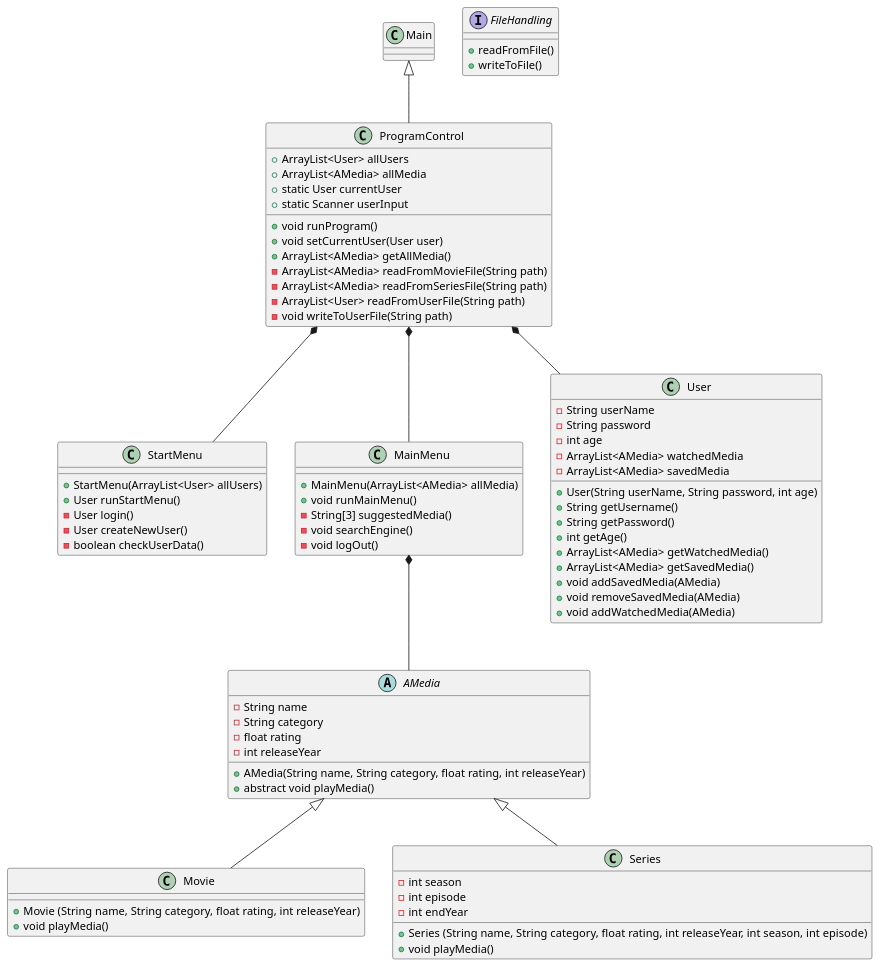
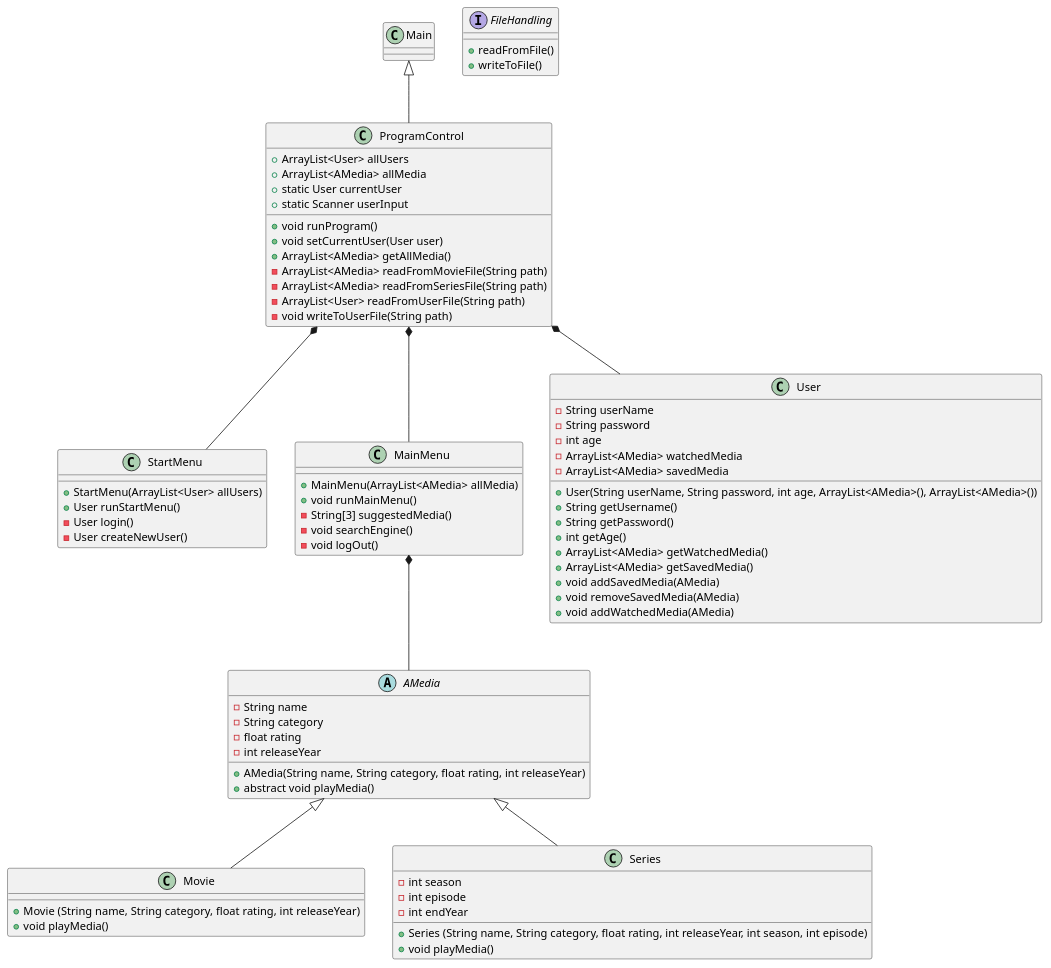
One commit to MrJustMeDahl/SP3---Streamingtjeneste changed the diagram in Design/Streamingservice design.puml. Above: the diagram before and after it, drawn with PlantUML.

Commit message:
StartMenu and ProgramControl Merged

```diff
--- a/Design/Streamingservice design.puml
+++ b/Design/Streamingservice design.puml
@@ -1,86 +1,85 @@
 @startuml
 class Main
 Main <|-- ProgramControl
 ProgramControl *-- StartMenu
 ProgramControl *-- MainMenu
 ProgramControl *-- User
 
 MainMenu *-- AMedia
 AMedia <|-- Movie
 AMedia <|-- Series
 
 class ProgramControl{
 + ArrayList<User> allUsers
 + ArrayList<AMedia> allMedia
 + static User currentUser
 + static Scanner userInput
 + void runProgram()
 + void setCurrentUser(User user)
 + ArrayList<AMedia> getAllMedia()
 - ArrayList<AMedia> readFromMovieFile(String path)
 - ArrayList<AMedia> readFromSeriesFile(String path)
 - ArrayList<User> readFromUserFile(String path)
 - void writeToUserFile(String path)
 }
 
 class StartMenu{
 + StartMenu(ArrayList<User> allUsers)
 + User runStartMenu()
 - User login()
 - User createNewUser()
-- boolean checkUserData()
 }
 
 class MainMenu{
 + MainMenu(ArrayList<AMedia> allMedia)
 + void runMainMenu()
 - String[3] suggestedMedia()
 - void searchEngine()
 - void logOut()
 }
 
 abstract class AMedia{
 - String name
 - String category
 - float rating
 - int releaseYear
 + AMedia(String name, String category, float rating, int releaseYear)
 + abstract void playMedia()
 }
 
 class Movie{
 + Movie (String name, String category, float rating, int releaseYear)
 + void playMedia()
 }
 
 class Series{
 - int season
 - int episode
 - int endYear
 + Series (String name, String category, float rating, int releaseYear, int season, int episode)
 + void playMedia()
 }
 
 class User{
 - String userName
 - String password
 - int age
 - ArrayList<AMedia> watchedMedia
 - ArrayList<AMedia> savedMedia
-+ User(String userName, String password, int age)
++ User(String userName, String password, int age, ArrayList<AMedia>(), ArrayList<AMedia>())
 + String getUsername()
 + String getPassword()
 + int getAge()
 + ArrayList<AMedia> getWatchedMedia()
 + ArrayList<AMedia> getSavedMedia()
 + void addSavedMedia(AMedia)
 + void removeSavedMedia(AMedia)
 + void addWatchedMedia(AMedia)
 }
 
 interface FileHandling{
 + readFromFile()
 + writeToFile()
 }
 
 @enduml
```
